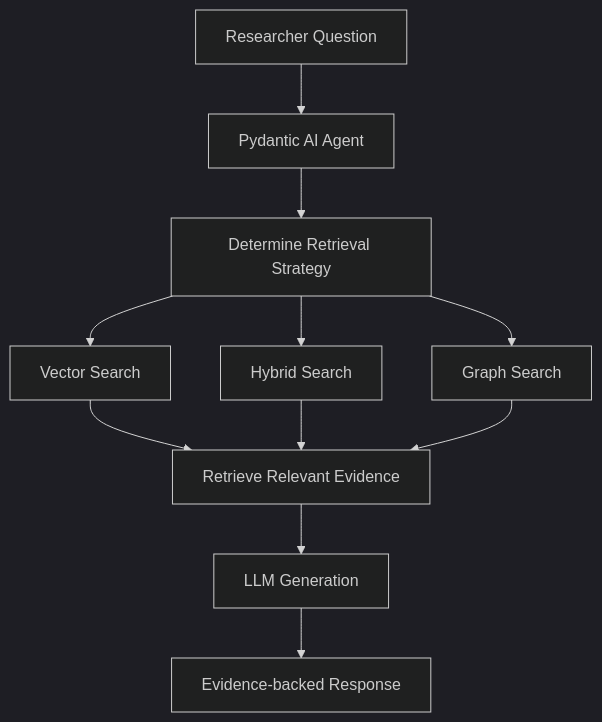
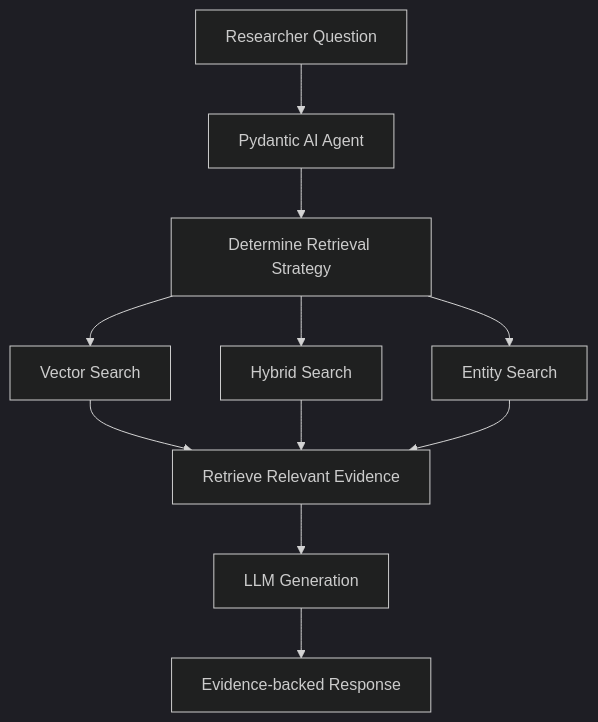
The second of 3 diagrams in technical_doc.md (LinDijkhuis/ITHD-Project-AI-serum-free-culture), drawn with Mermaid (dark theme) before and after one commit. The commit also changed other lines of this file, not shown here.

Commit message:
Refine technical documentation for clarity and detail on project status and system architecture

````diff
--- a/technical_doc.md
+++ b/technical_doc.md
@@ -422,13 +422,13 @@
 ```mermaid
 flowchart TD
     A[Researcher Question] --> B[Pydantic AI Agent]
     B --> C[Determine Retrieval Strategy]
     C --> D[Vector Search]
     C --> E[Hybrid Search]
-    C --> F[Graph Search]
+    C --> F[Entity Search]
     D --> G[Retrieve Relevant Evidence]
     E --> G
     F --> G
     G --> H[LLM Generation]
     H --> I[Evidence-backed Response]
 ```
````
